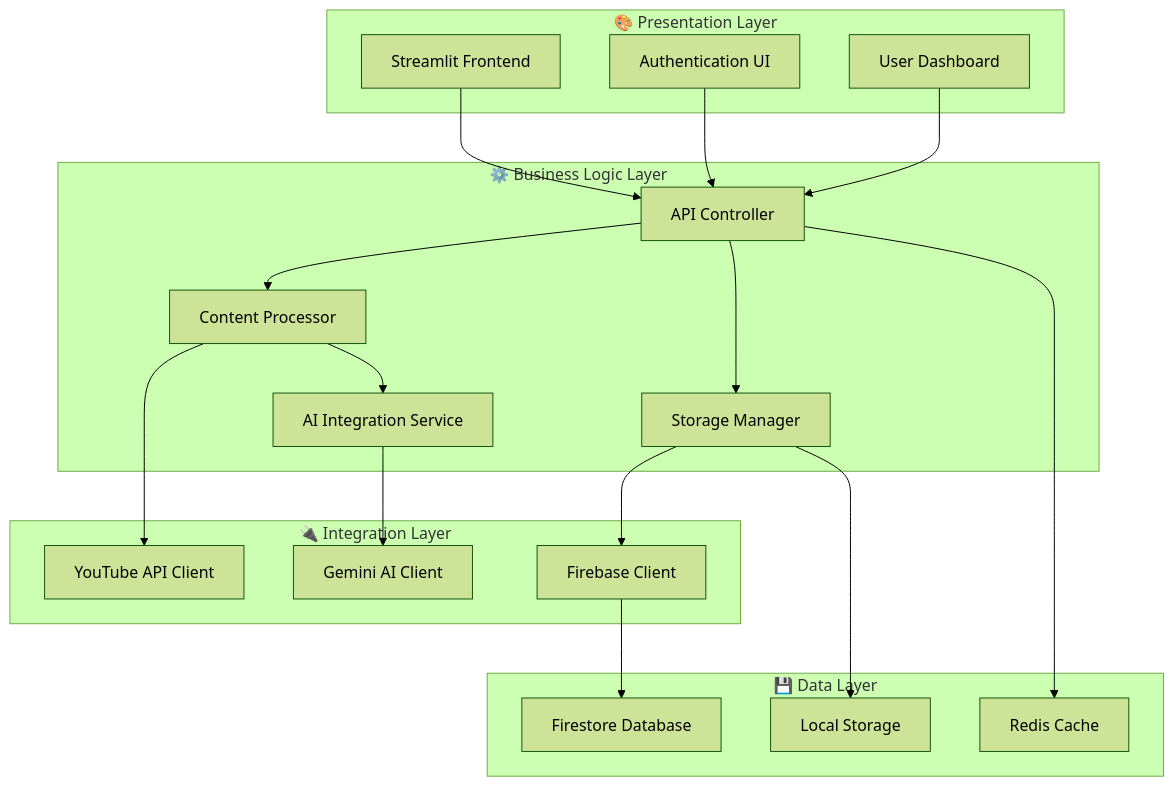
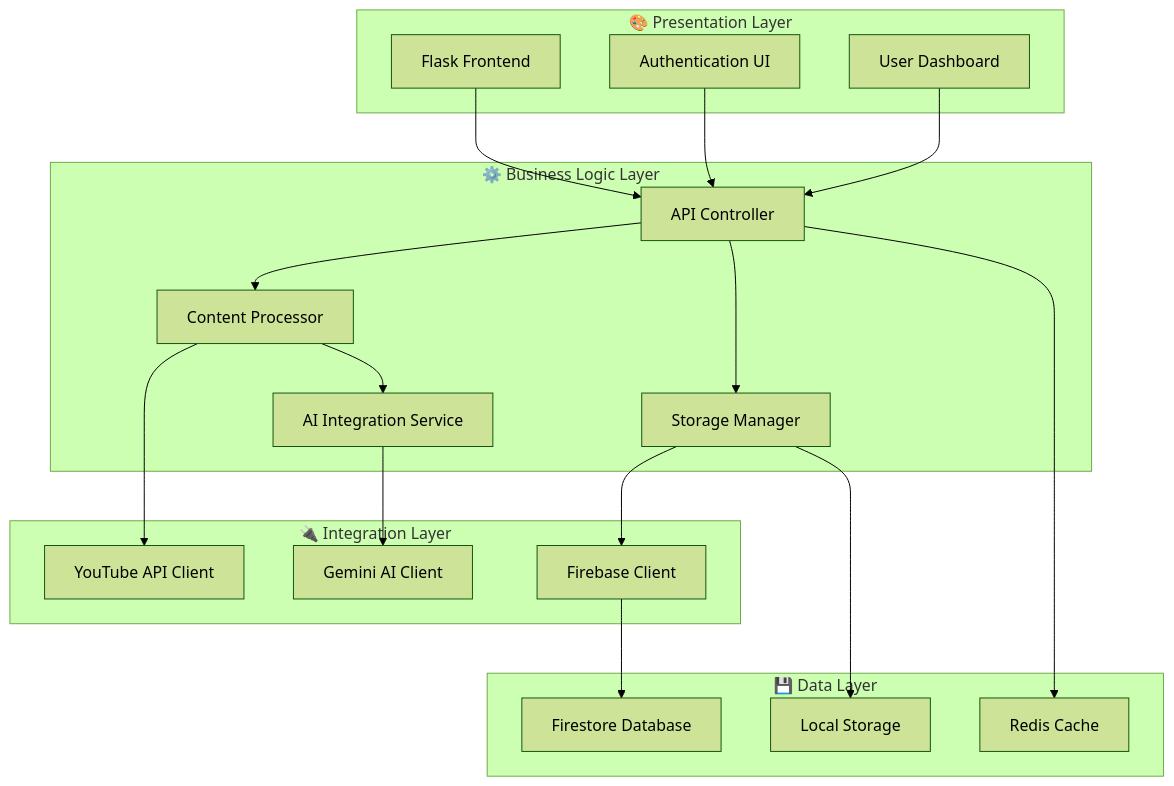
One commit to SaurabMishra12/Noteworthy changed the fourth of 8 diagrams in README.md. Above: the diagram before and after it, drawn with Mermaid (forest theme).

````diff
--- a/README.md
+++ b/README.md
@@ -104,43 +104,43 @@
 ```mermaid
 graph TB
     subgraph "🎨 Presentation Layer"
-        UI[Streamlit Frontend]
+        UI[Flask Frontend]
         AUTH[Authentication UI]
         DASH[User Dashboard]
     end
     
     subgraph "⚙️ Business Logic Layer"
         API[API Controller]
         PROC[Content Processor]
         AI[AI Integration Service]
         STORAGE[Storage Manager]
     end
     
     subgraph "🔌 Integration Layer"
         YT[YouTube API Client]
         GEMINI[Gemini AI Client]
         FB[Firebase Client]
     end
     
     subgraph "💾 Data Layer"
         FS[Firestore Database]
         LOCAL[Local Storage]
         CACHE[Redis Cache]
     end
     
     UI --> API
     AUTH --> API
     DASH --> API
     
     API --> PROC
     API --> STORAGE
     PROC --> AI
     
     AI --> GEMINI
     PROC --> YT
     STORAGE --> FB
     
     FB --> FS
     STORAGE --> LOCAL
     API --> CACHE
 ```
````
